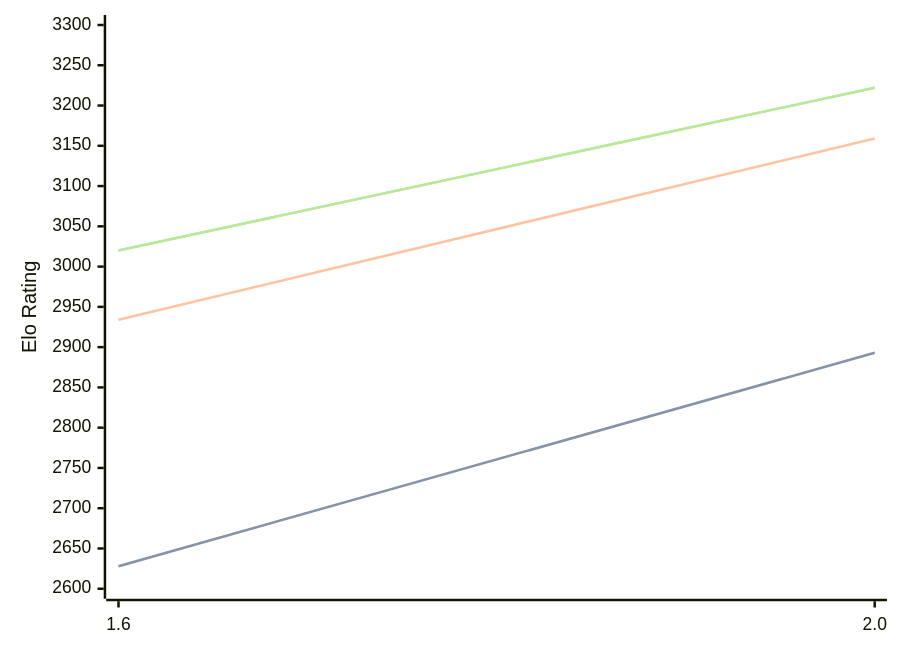
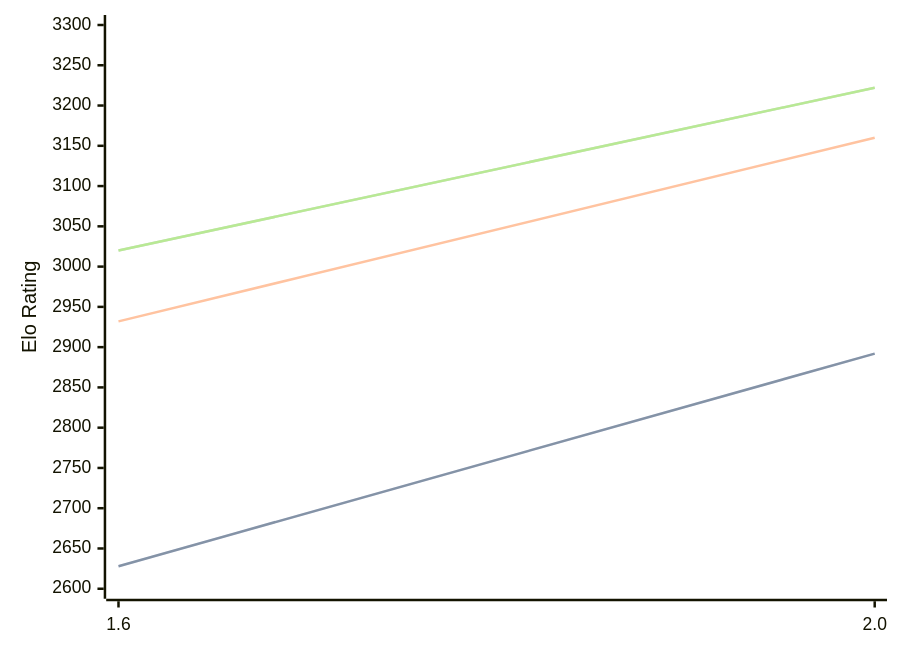
The diagram in engines/Onyx.md (computer-chess-index/cci), drawn with Mermaid before and after one commit. The commit also changed other lines of this file, not shown here.

````diff
--- a/engines/Onyx.md
+++ b/engines/Onyx.md
@@ -32,11 +32,11 @@
 ```mermaid
 %%{init: {"theme":"base","themeVariables":{"seriesColors:['#a3a3a3','#222221','#faa371']}}}%%
 xychart-beta
   x-axis ["1.6", "2.0"]
   y-axis "Elo Rating" 2600 --> 3300
-  line "" [2628, 2893]
-  line "STC (8.0+0.08s)" [2628, 2893]
-  line "LTC (60.0+0.60s)" [2934, 3159]
+  line "" [2628, 2892]
+  line "STC (8.0+0.08s)" [2628, 2892]
+  line "LTC (60.0+0.60s)" [2932, 3160]
   line "" [3020, 3222]
   line "VLTC (2m24s+1.12s)" [3020, 3222]
 ```
````
